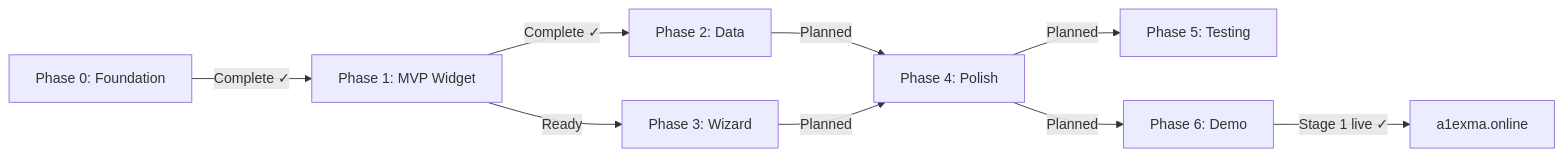
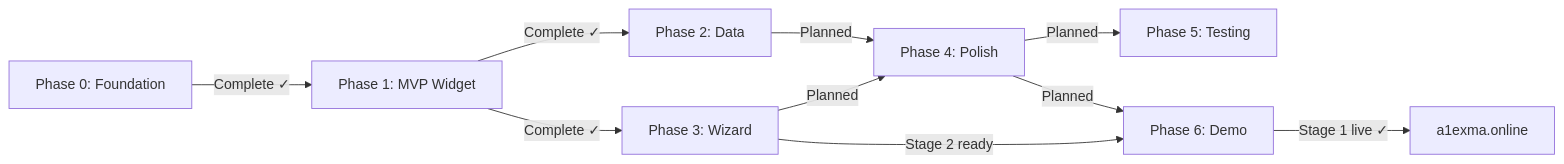
One commit to A1eksMa/four-t changed the diagram in docs/proposals/epic-1-four-t-initial-release/progress.md. Above: the diagram before and after it, drawn with Mermaid. The commit also changed other lines of this file and 9 other files, not shown here.

````diff
--- a/docs/proposals/epic-1-four-t-initial-release/progress.md
+++ b/docs/proposals/epic-1-four-t-initial-release/progress.md
@@ -5,11 +5,12 @@
 ```mermaid
 graph LR
     P0[Phase 0: Foundation] -->|Complete ✓| P1[Phase 1: MVP Widget]
     P1 -->|Complete ✓| P2[Phase 2: Data]
-    P1 -->|Ready| P3[Phase 3: Wizard]
+    P1 -->|Complete ✓| P3[Phase 3: Wizard]
     P2 -->|Planned| P4[Phase 4: Polish]
     P3 -->|Planned| P4
     P4 -->|Planned| P5[Phase 5: Testing]
     P4 -->|Planned| P6[Phase 6: Demo]
     P6 -->|Stage 1 live ✓| LIVE[a1exma.online]
+    P3 -->|Stage 2 ready| P6
 ```
````
